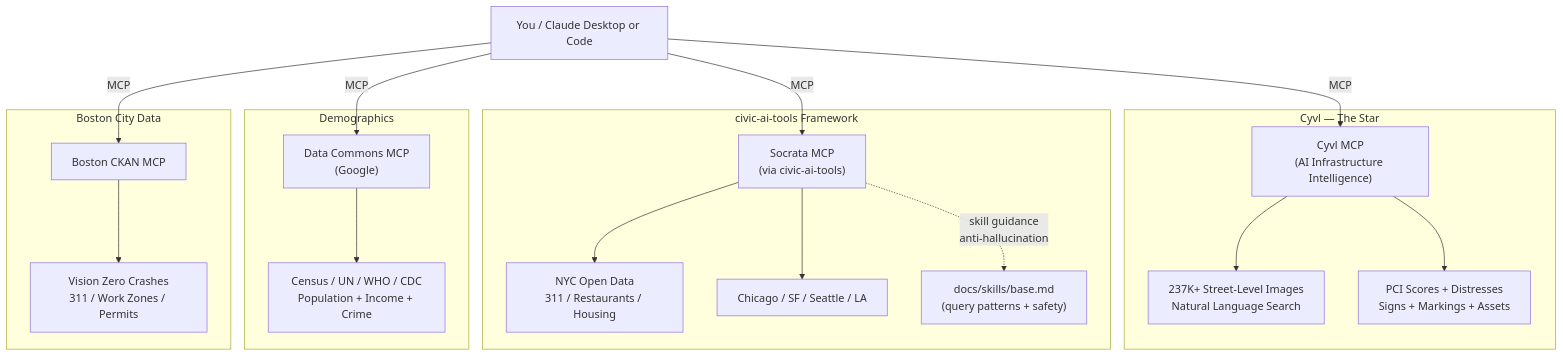
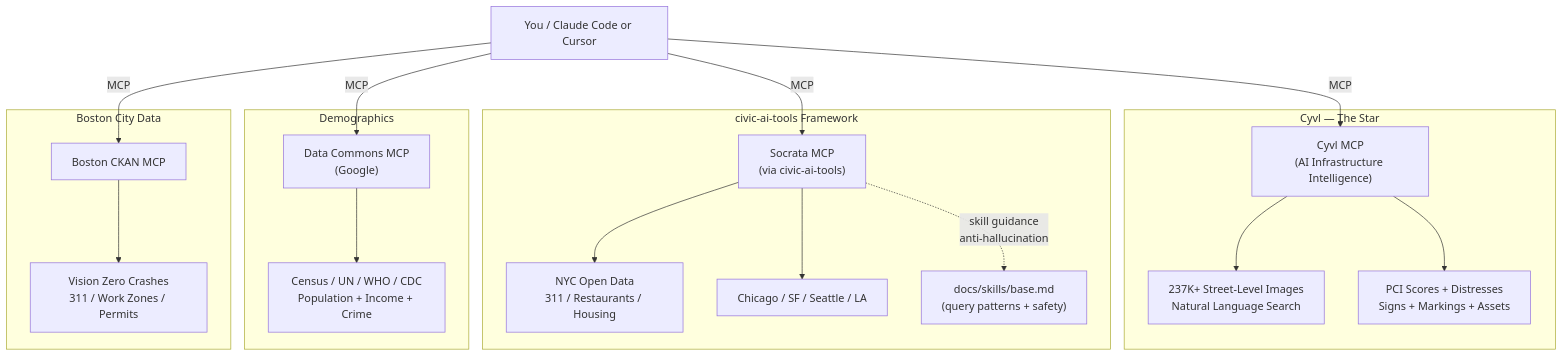
One commit to roadgnar/mcp-demo changed the diagram in README.md. Above: the diagram before and after it, drawn with Mermaid. The commit also changed other lines of this file and 4 other files, not shown here.

First line of the commit message:
Remove Claude Desktop/Cowork references, make Claude Code primary

````diff
--- a/README.md
+++ b/README.md
@@ -34,28 +34,28 @@
 ```mermaid
 graph TD
-    User[You / Claude Desktop or Code]
+    User[You / Claude Code or Cursor]
 
     User -->|MCP| Cyvl["Cyvl MCP\n(AI Infrastructure Intelligence)"]
     User -->|MCP| Socrata["Socrata MCP\n(via civic-ai-tools)"]
     User -->|MCP| DC["Data Commons MCP\n(Google)"]
     User -->|MCP| Boston["Boston CKAN MCP"]
 
     subgraph "Cyvl — The Star"
         Cyvl --> Images["237K+ Street-Level Images\nNatural Language Search"]
         Cyvl --> Pavement["PCI Scores + Distresses\nSigns + Markings + Assets"]
     end
 
     subgraph "civic-ai-tools Framework"
         Socrata --> NYC["NYC Open Data\n311 / Restaurants / Housing"]
         Socrata --> Multi["Chicago / SF / Seattle / LA"]
         Socrata -.->|"skill guidance\nanti-hallucination"| Skills["docs/skills/base.md\n(query patterns + safety)"]
     end
 
     subgraph "Demographics"
         DC --> Census["Census / UN / WHO / CDC\nPopulation + Income + Crime"]
     end
 
     subgraph "Boston City Data"
         Boston --> BostonData["Vision Zero Crashes\n311 / Work Zones / Permits"]
     end
 ```
````
